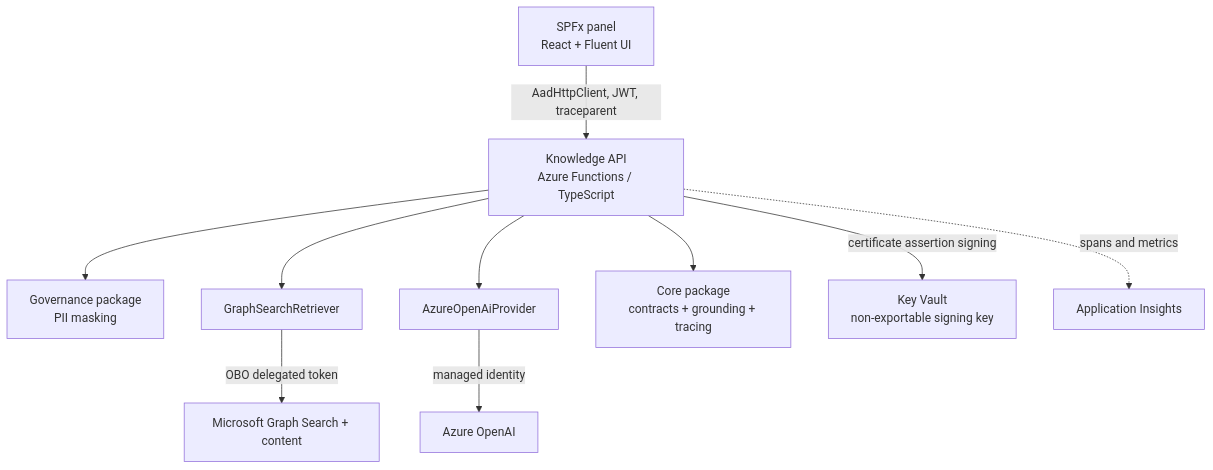
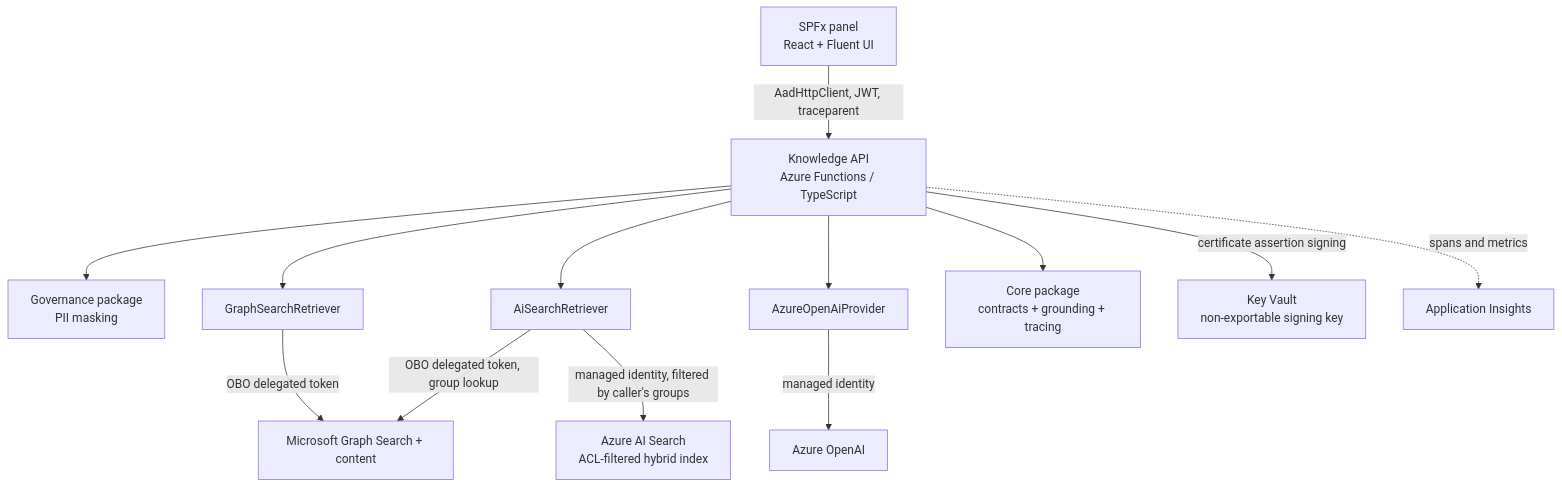
The second of 3 diagrams in docs/architecture.md (noletorodolfo/context-aware-enterprise-knowledge), drawn with Mermaid before and after one commit. The commit also changed other lines of this file and 24 other files, not shown here.

````diff
--- a/docs/architecture.md
+++ b/docs/architecture.md
@@ -38,23 +38,28 @@
 ```mermaid
 flowchart TB
     Panel[SPFx panel<br/>React + Fluent UI]
     Api[Knowledge API<br/>Azure Functions / TypeScript]
     Pii[Governance package<br/>PII masking]
     Retriever[GraphSearchRetriever]
+    Hybrid[AiSearchRetriever]
     Provider[AzureOpenAiProvider]
     Core[Core package<br/>contracts + grounding + tracing]
     Graph[Microsoft Graph Search + content]
+    Search[Azure AI Search<br/>ACL-filtered hybrid index]
     KeyVault[Key Vault<br/>non-exportable signing key]
     LLM[Azure OpenAI]
     Telemetry[Application Insights]
 
     Panel -->|AadHttpClient, JWT, traceparent| Api
     Api --> Pii
     Api --> Retriever
+    Api --> Hybrid
     Api --> Provider
     Api --> Core
     Retriever -->|OBO delegated token| Graph
+    Hybrid -->|managed identity, filtered by caller's groups| Search
+    Hybrid -->|OBO delegated token, group lookup| Graph
     Api -->|certificate assertion signing| KeyVault
     Provider -->|managed identity| LLM
     Api -.spans and metrics.-> Telemetry
 ```
````
